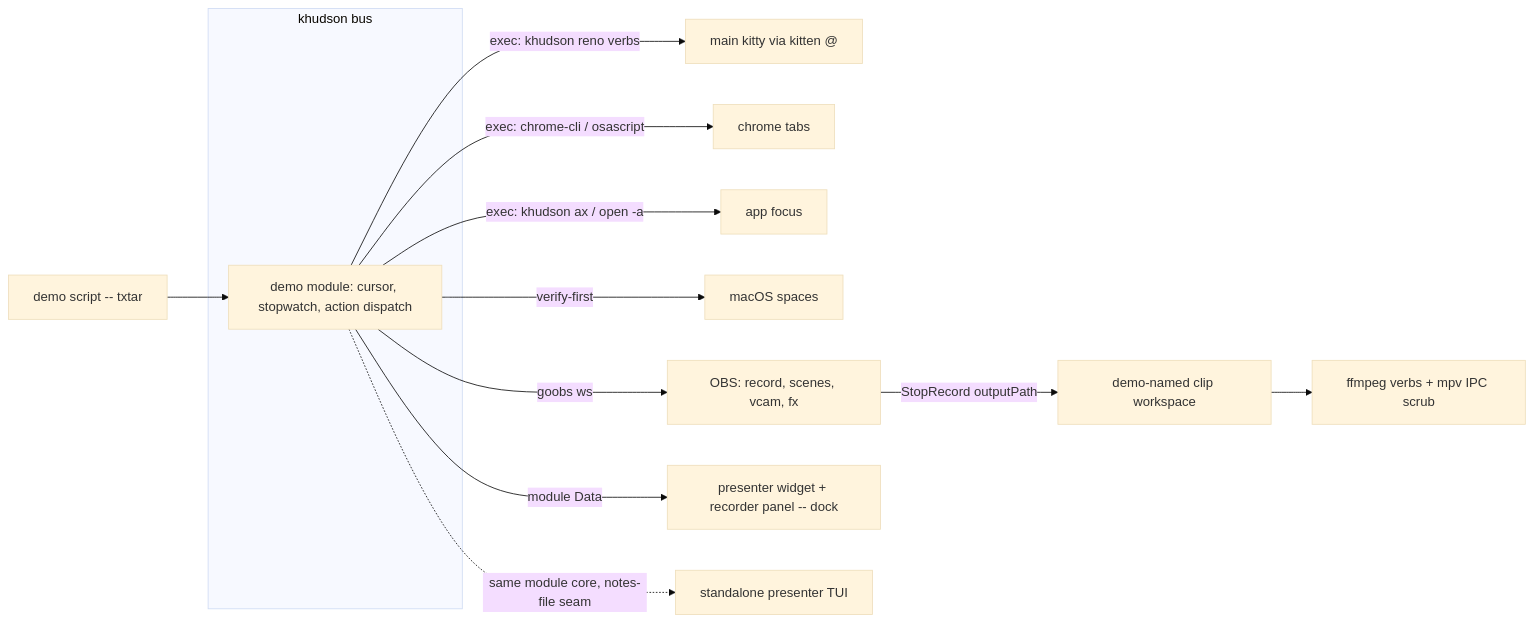
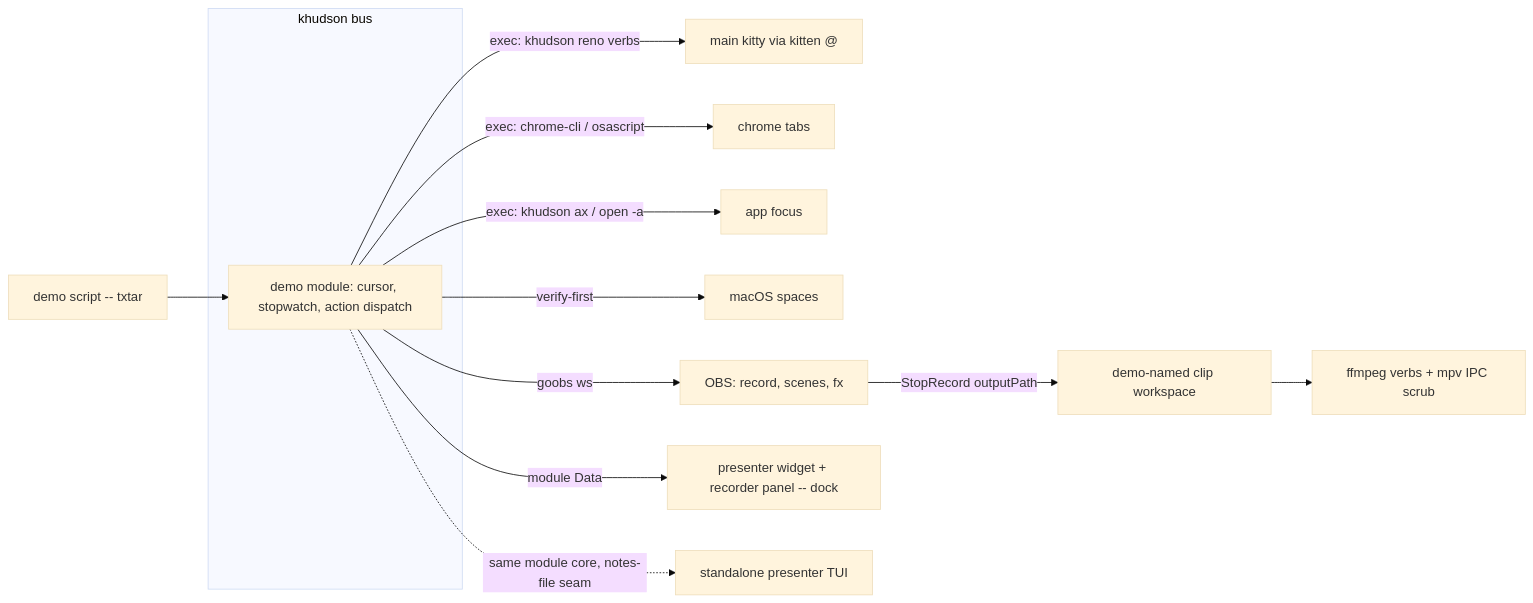
One commit to shimmerjs/.universe changed the diagram in homies/shimmerjs/home/khudson/docs/reno-design.md. Above: the diagram before and after it, drawn with Mermaid (base theme). The commit also changed other lines of this file and 8 other files, not shown here.

````diff
--- a/homies/shimmerjs/home/khudson/docs/reno-design.md
+++ b/homies/shimmerjs/home/khudson/docs/reno-design.md
@@ -15,16 +15,16 @@
 ```mermaid
 flowchart LR
   script[demo script -- txtar] --> engine
   subgraph bus["khudson bus"]
     engine[demo module: cursor, stopwatch, action dispatch]
   end
   engine -->|exec: khudson reno verbs| kitty[main kitty via kitten @]
   engine -->|exec: chrome-cli / osascript| chrome[chrome tabs]
   engine -->|exec: khudson ax / open -a| apps[app focus]
   engine -->|verify-first| spaces[macOS spaces]
-  engine -->|goobs ws| obs[OBS: record, scenes, vcam, fx]
+  engine -->|goobs ws| obs[OBS: record, scenes, fx]
   engine -->|module Data| widget[presenter widget + recorder panel -- dock]
   engine -.->|same module core, notes-file seam| couch[standalone presenter TUI]
   obs -->|StopRecord outputPath| clips[demo-named clip workspace]
   clips --> post[ffmpeg verbs + mpv IPC scrub]
 ```
````
